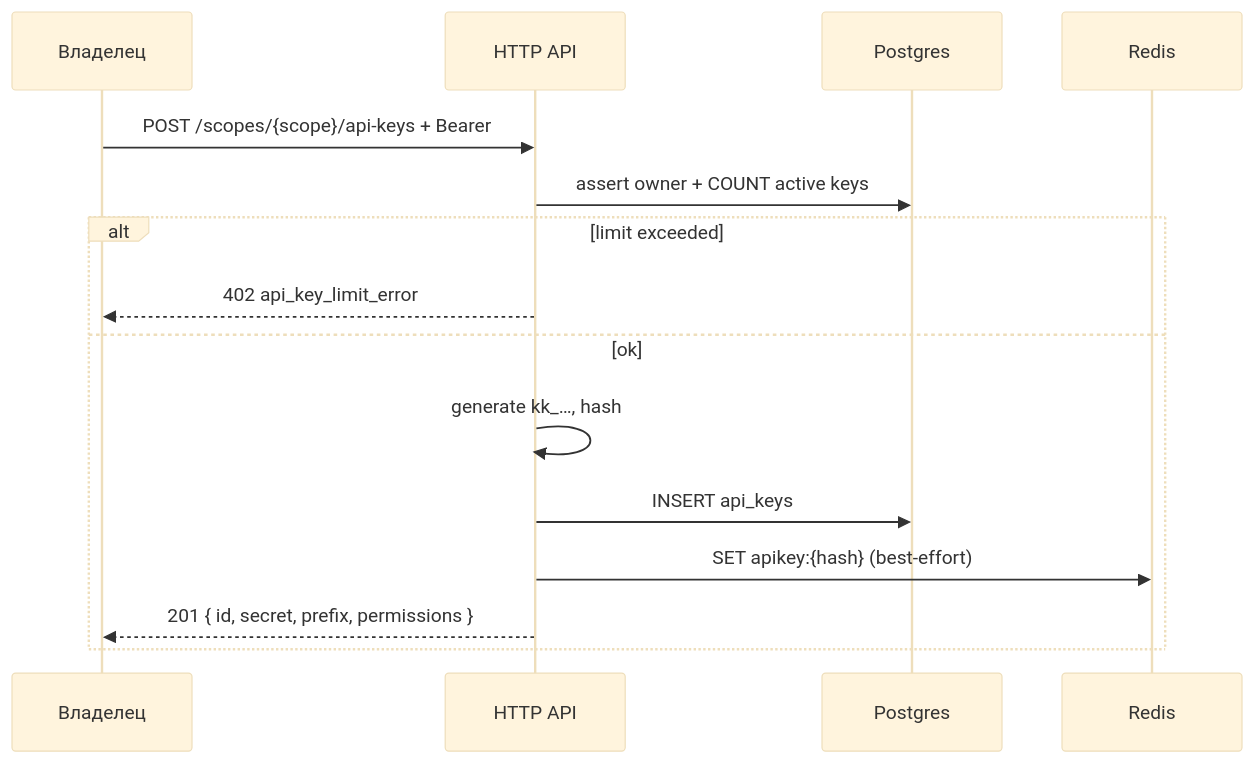
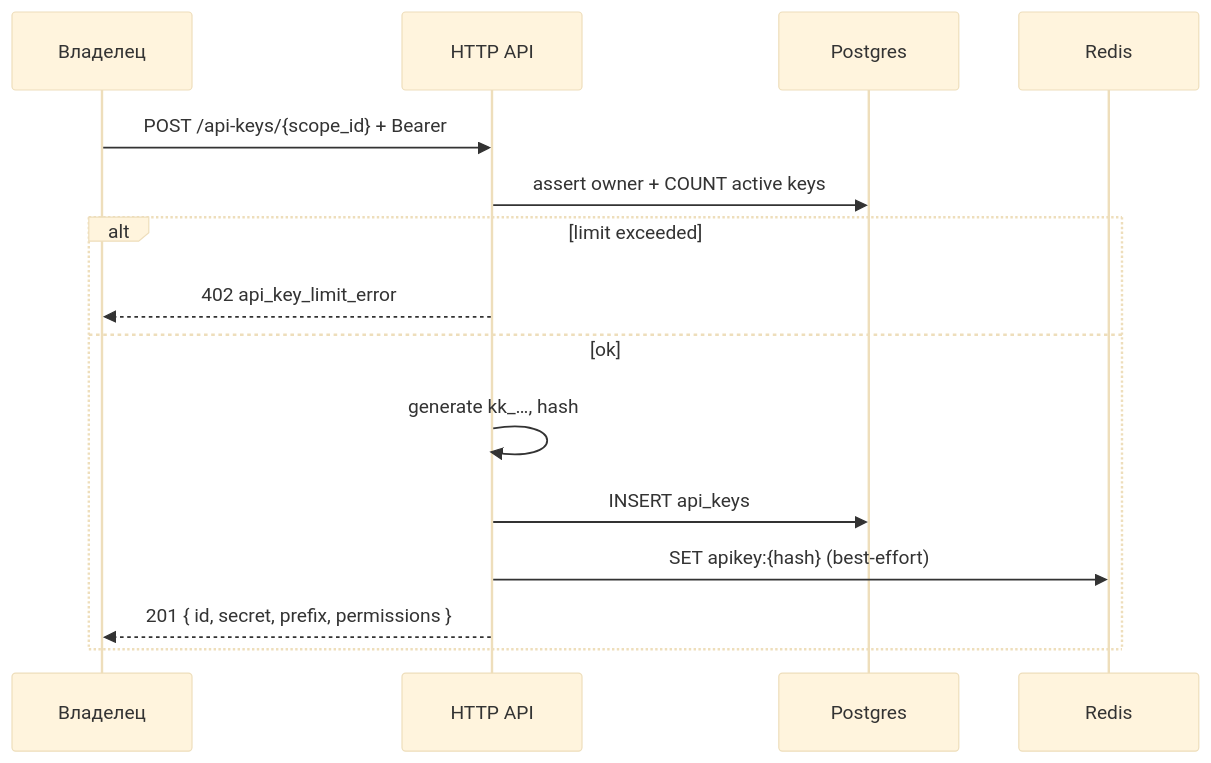
One commit to IOSHED/KKRCH.RU changed the diagram in module_api_keys/post-scopes-api-keys.md. Above: the diagram before and after it, drawn with Mermaid (base theme). The commit also changed other lines of this file and 5 other files, not shown here.

````diff
--- a/module_api_keys/post-scopes-api-keys.md
+++ b/module_api_keys/post-scopes-api-keys.md
@@ -57,17 +61,17 @@
 ```mermaid
 sequenceDiagram
     participant C as Владелец
     participant S as HTTP API
     participant PG as Postgres
     participant R as Redis
-    C->>S: POST /scopes/{scope}/api-keys + Bearer
-    S->>PG: assert owner + COUNT active keys
+    C ->> S: POST /api-keys/{scope_id} + Bearer
+    S ->> PG: assert owner + COUNT active keys
     alt limit exceeded
-        S-->>C: 402 api_key_limit_error
+        S -->> C: 402 api_key_limit_error
     else ok
-        S->>S: generate kk_…, hash
-        S->>PG: INSERT api_keys
-        S->>R: SET apikey:{hash} (best-effort)
-        S-->>C: 201 { id, secret, prefix, permissions }
+        S ->> S: generate kk_…, hash
+        S ->> PG: INSERT api_keys
+        S ->> R: SET apikey:{hash} (best-effort)
+        S -->> C: 201 { id, secret, prefix, permissions }
     end
 ```
````
